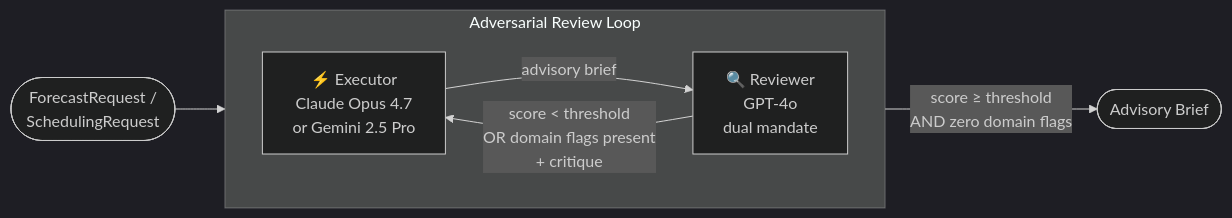
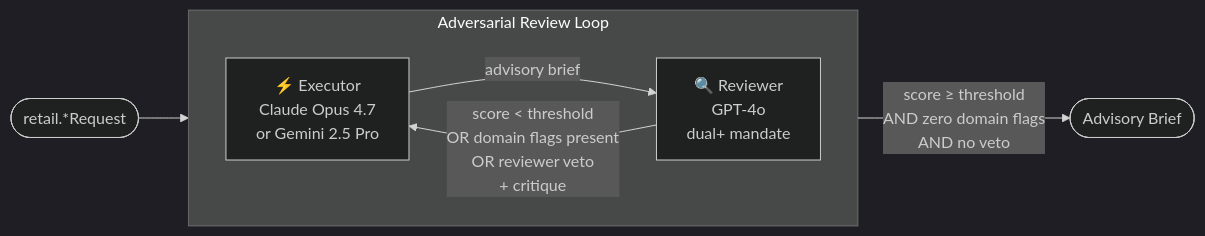
Before and after one commit to gmanch94/adversarial-multi-agent-lib: the diagram in docs/retail-executive-brief.md, drawn with Mermaid (dark theme). The commit also changed other lines of this file and 3 other files, not shown here.

````diff
--- a/docs/retail-executive-brief.md
+++ b/docs/retail-executive-brief.md
@@ -20,12 +20,12 @@
 ```mermaid
 flowchart LR
-    R([ForecastRequest /<br/>SchedulingRequest]) --> E
+    R([retail.*Request]) --> E
     subgraph loop["Adversarial Review Loop"]
         direction LR
         E["⚡ Executor\nClaude Opus 4.7\nor Gemini 2.5 Pro"]
-        V["🔍 Reviewer\nGPT-4o\ndual mandate"]
+        V["🔍 Reviewer\nGPT-4o\ndual+ mandate"]
         E -->|"advisory brief"| V
-        V -->|"score < threshold\nOR domain flags present\n+ critique"| E
+        V -->|"score < threshold\nOR domain flags present\nOR reviewer veto\n+ critique"| E
     end
-    V -->|"score ≥ threshold\nAND zero domain flags"| O([Advisory Brief])
+    V -->|"score ≥ threshold\nAND zero domain flags\nAND no veto"| O([Advisory Brief])
 ```
````
